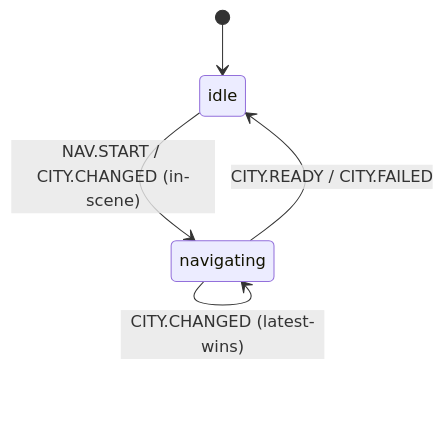
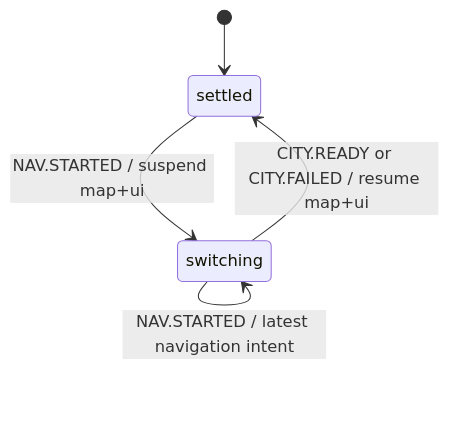
Before and after one commit to Ahmed-Abdel-karim/plainsight: the fifth of 5 diagrams in _docs/architecture.md, drawn with Mermaid. The commit also changed other lines of this file and 52 other files, not shown here.

````diff
--- a/_docs/architecture.md
+++ b/_docs/architecture.md
@@ -172,9 +268,7 @@
 ```mermaid
 stateDiagram-v2
-  state root {
-    [*] --> idle
-    idle --> navigating: NAV.START / CITY.CHANGED (in-scene)
-    navigating --> navigating: CITY.CHANGED (latest-wins)
-    navigating --> idle: CITY.READY / CITY.FAILED
-  }
+  [*] --> settled
+  settled --> switching: NAV.STARTED / suspend map+ui
+  switching --> switching: NAV.STARTED / latest navigation intent
+  switching --> settled: CITY.READY or CITY.FAILED / resume map+ui
 ```
````
